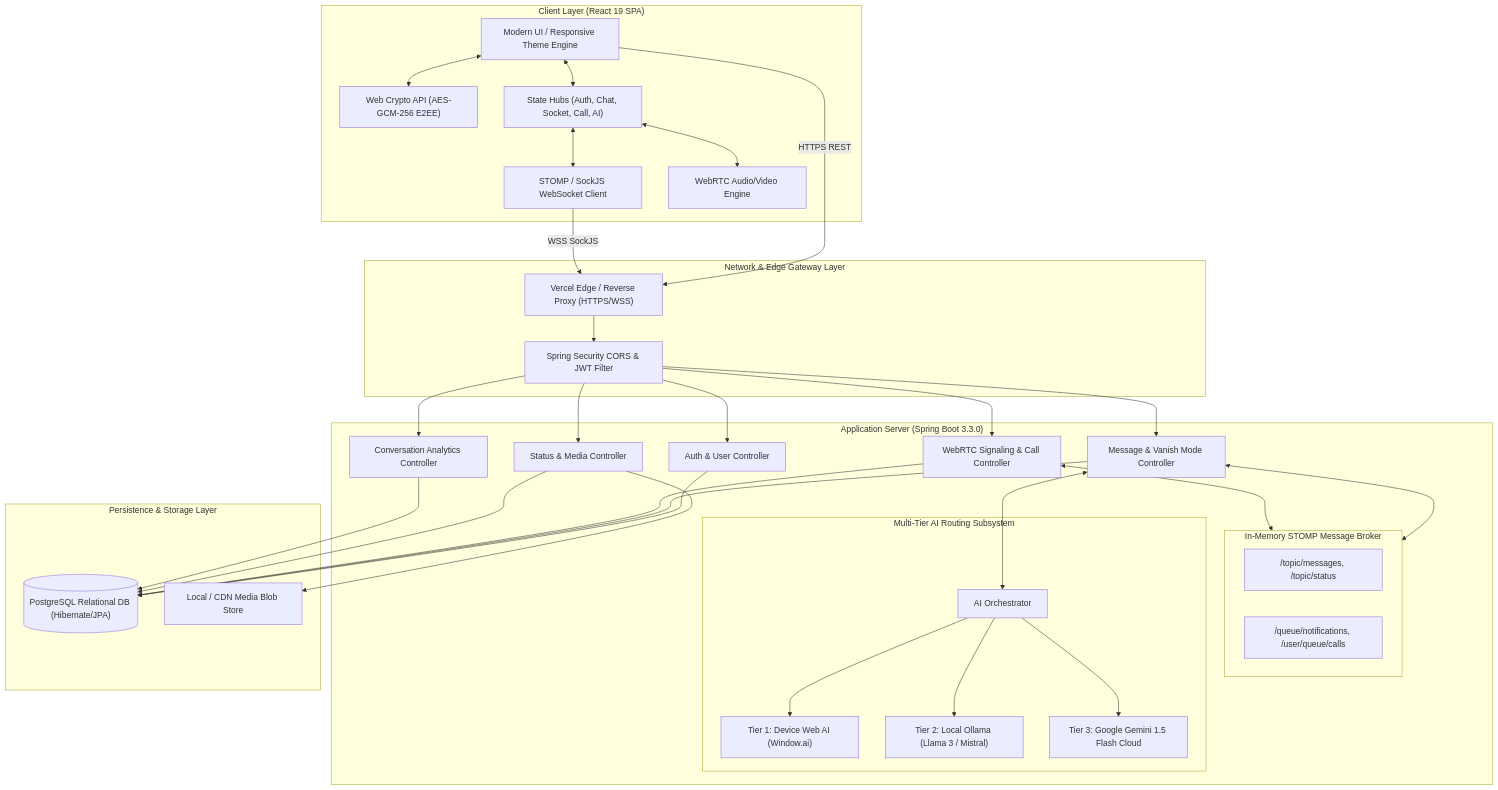
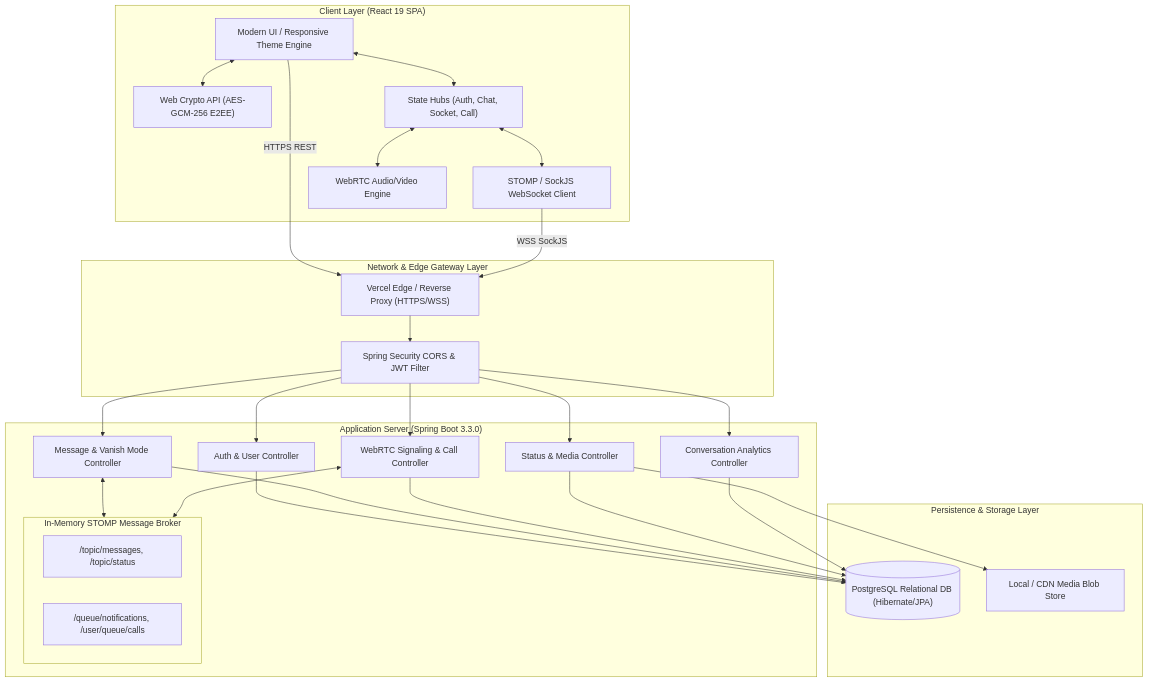
One commit to neeteshdixit/Internship-project changed the first of 8 diagrams in realtime-chat-app/system_design_and_model_submission.md. Above: the diagram before and after it, drawn with Mermaid. The commit also changed other lines of this file and 8 other files, not shown here.

````diff
--- a/realtime-chat-app/system_design_and_model_submission.md
+++ b/realtime-chat-app/system_design_and_model_submission.md
@@ -46,60 +44,48 @@
 ```mermaid
 flowchart TB
     subgraph ClientLayer ["Client Layer (React 19 SPA)"]
         UI["Modern UI / Responsive Theme Engine"]
         CryptoEngine["Web Crypto API (AES-GCM-256 E2EE)"]
         STOMPClient["STOMP / SockJS WebSocket Client"]
         WebRTCClient["WebRTC Audio/Video Engine"]
-        ContextHub["State Hubs (Auth, Chat, Socket, Call, AI)"]
+        ContextHub["State Hubs (Auth, Chat, Socket, Call)"]
         
         UI <--> CryptoEngine
         UI <--> ContextHub
         ContextHub <--> STOMPClient
         ContextHub <--> WebRTCClient
     end
 
     subgraph GatewayLayer ["Network & Edge Gateway Layer"]
         HTTPS_LB["Vercel Edge / Reverse Proxy (HTTPS/WSS)"]
         CORS_Filter["Spring Security CORS & JWT Filter"]
     end
 
     subgraph BackendLayer ["Application Server (Spring Boot 3.3.0)"]
         AuthCtrl["Auth & User Controller"]
         MsgCtrl["Message & Vanish Mode Controller"]
         CallCtrl["WebRTC Signaling & Call Controller"]
         StatusCtrl["Status & Media Controller"]
         AnalyticsCtrl["Conversation Analytics Controller"]
         
         subgraph MessageBroker ["In-Memory STOMP Message Broker"]
             TopicSub["/topic/messages, /topic/status"]
             QueueSub["/queue/notifications, /user/queue/calls"]
         end
-        
-        subgraph AISubsystem ["Multi-Tier AI Routing Subsystem"]
-            AIEngine["AI Orchestrator"]
-            DeviceAI["Tier 1: Device Web AI (Window.ai)"]
-            OllamaAI["Tier 2: Local Ollama (Llama 3 / Mistral)"]
-            GeminiAI["Tier 3: Google Gemini 1.5 Flash Cloud"]
-        end
     end
 
     subgraph DataLayer ["Persistence & Storage Layer"]
         PostgresDB[("PostgreSQL Relational DB (Hibernate/JPA)")]
         MediaStorage["Local / CDN Media Blob Store"]
     end
 
     UI -->|HTTPS REST| HTTPS_LB
     STOMPClient -->|WSS SockJS| HTTPS_LB
     HTTPS_LB --> CORS_Filter
     CORS_Filter --> AuthCtrl & MsgCtrl & CallCtrl & StatusCtrl & AnalyticsCtrl
     MsgCtrl <--> MessageBroker
     CallCtrl <--> MessageBroker
     
     AuthCtrl & MsgCtrl & CallCtrl & StatusCtrl & AnalyticsCtrl --> PostgresDB
     StatusCtrl --> MediaStorage
-    
-    AIEngine --> DeviceAI
-    AIEngine --> OllamaAI
-    AIEngine --> GeminiAI
-    MsgCtrl <--> AIEngine
 ```
````
